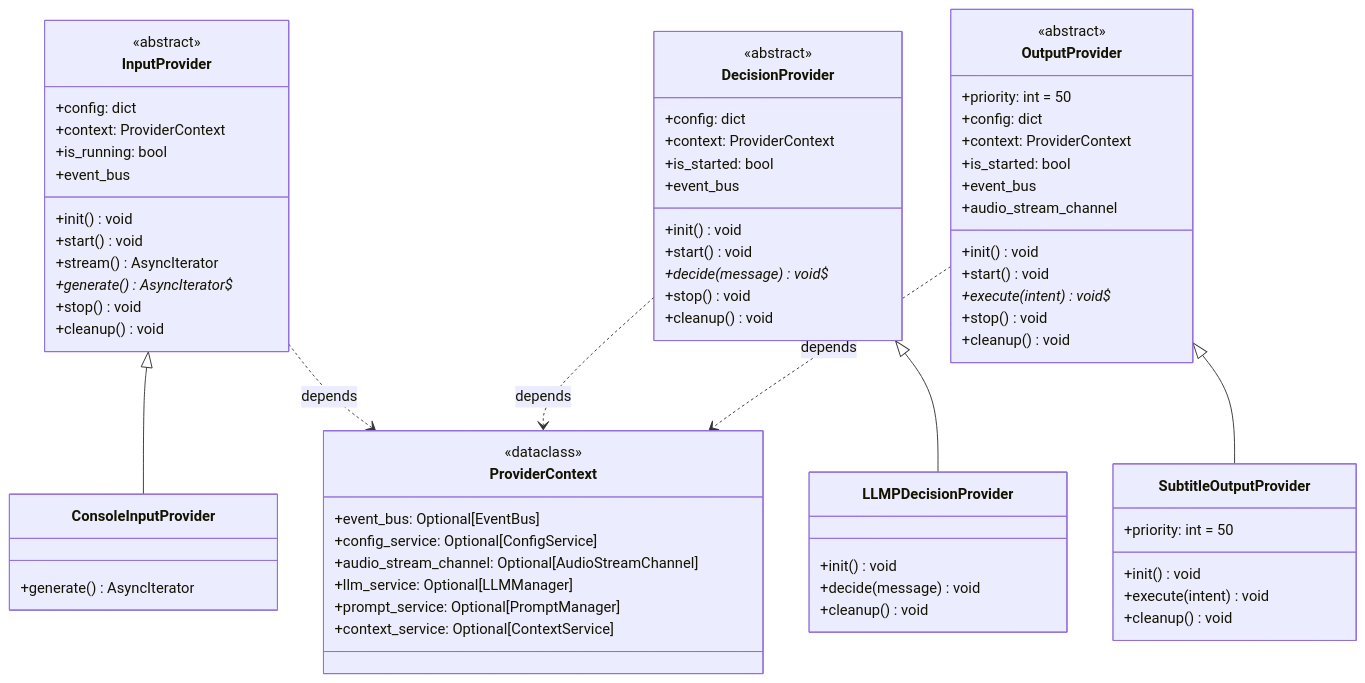
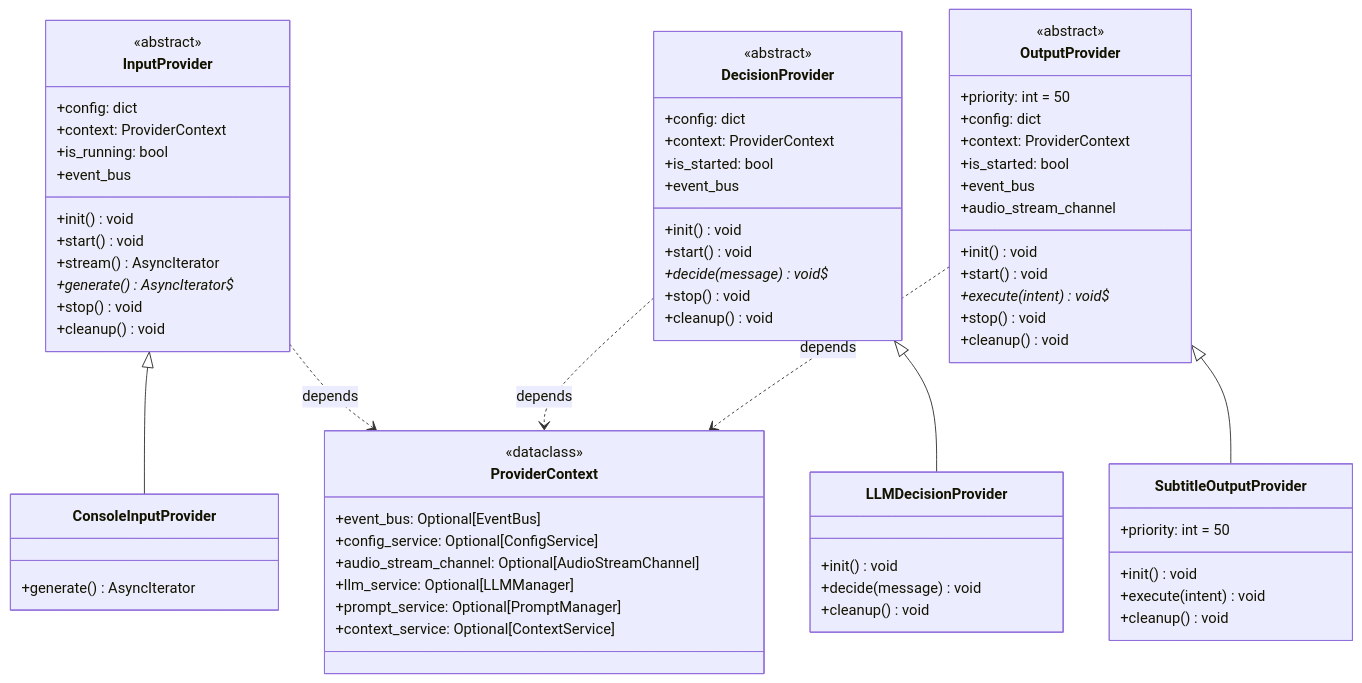
One commit to Mai-with-u/Amaidesu changed the first of 2 diagrams in docs/development/provider-guide.md. Above: the diagram before and after it, drawn with Mermaid. The commit also changed other lines of this file and 23 other files, not shown here.

```diff
--- a/docs/development/provider-guide.md
+++ b/docs/development/provider-guide.md
@@ -545,7 +545,7 @@
         +generate() AsyncIterator
     }
 
-    class LLMPDecisionProvider {
+    class LLMDecisionProvider {
         +init() void
         +decide(message) void
         +cleanup() void
@@ -560,7 +560,7 @@
 
     %% 继承关系
     InputProvider <|-- ConsoleInputProvider
-    DecisionProvider <|-- LLMPDecisionProvider
+    DecisionProvider <|-- LLMDecisionProvider
     OutputProvider <|-- SubtitleOutputProvider
 
     %% ProviderContext 依赖
```
